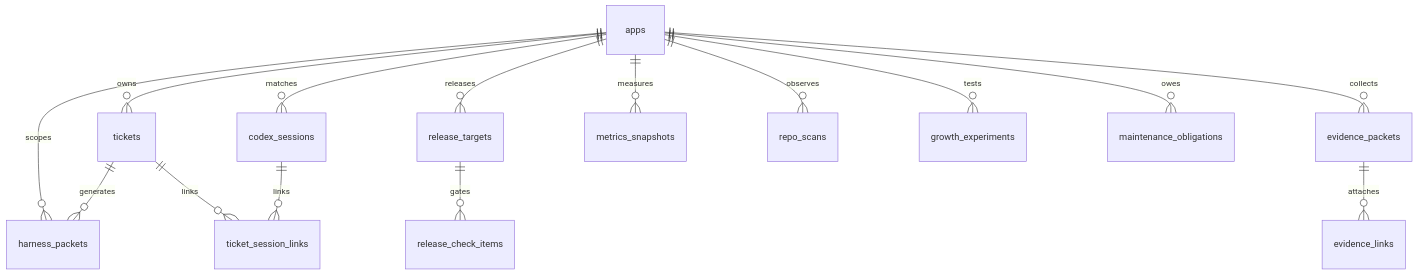
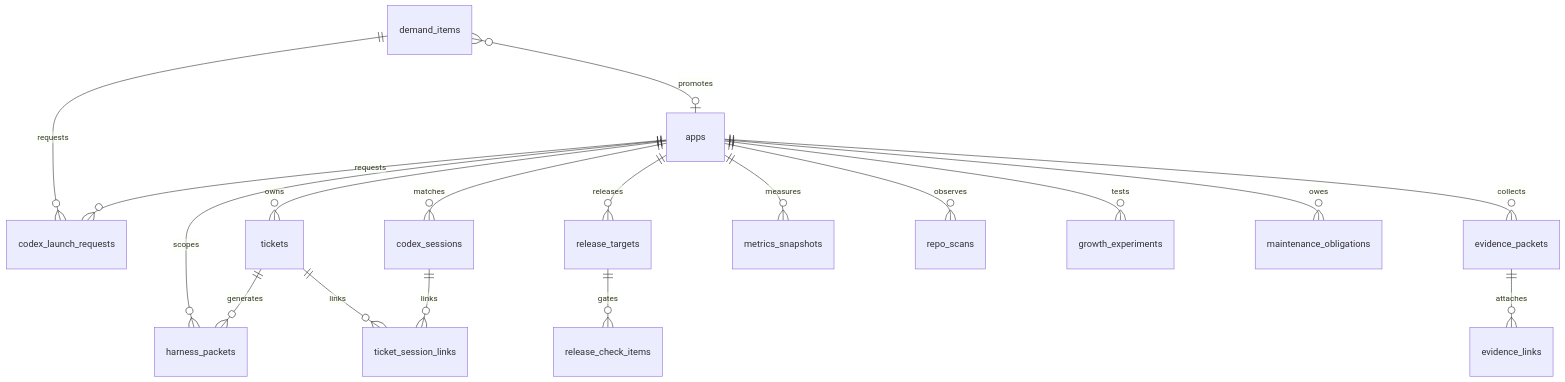
The third of 3 diagrams in README.md (iiiyu/afp), drawn with Mermaid before and after one commit. The commit also changed other lines of this file and 27 other files, not shown here.

````diff
--- a/README.md
+++ b/README.md
@@ -155,19 +160,22 @@
 ```mermaid
 erDiagram
+    demand_items ||--o{ codex_launch_requests : requests
+    demand_items }o--o| apps : promotes
     apps ||--o{ tickets : owns
     apps ||--o{ harness_packets : scopes
+    apps ||--o{ codex_launch_requests : requests
     apps ||--o{ codex_sessions : matches
     apps ||--o{ release_targets : releases
     apps ||--o{ evidence_packets : collects
     apps ||--o{ metrics_snapshots : measures
     apps ||--o{ repo_scans : observes
     apps ||--o{ growth_experiments : tests
     apps ||--o{ maintenance_obligations : owes
 
     tickets ||--o{ harness_packets : generates
     tickets ||--o{ ticket_session_links : links
     codex_sessions ||--o{ ticket_session_links : links
 
     release_targets ||--o{ release_check_items : gates
     evidence_packets ||--o{ evidence_links : attaches
 ```
````
